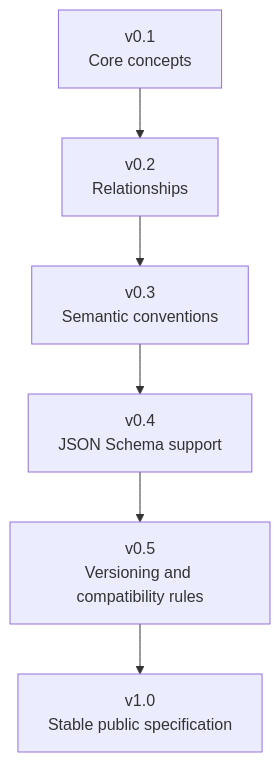
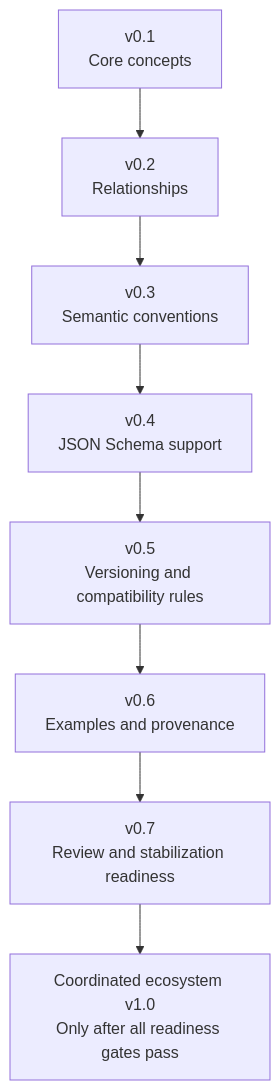
One commit to DeepAgentLabs/.github changed the fourth of 5 diagrams in profile/ROADMAP.md. Above: the diagram before and after it, drawn with Mermaid. The commit also changed other lines of this file, not shown here.

Commit message:
docs(roadmap): align final milestones and specification diagram

````diff
--- a/profile/ROADMAP.md
+++ b/profile/ROADMAP.md
@@ -335,8 +345,10 @@
 ```mermaid
 flowchart TB
     V01["v0.1<br/>Core concepts"] --> V02["v0.2<br/>Relationships"]
     V02 --> V03["v0.3<br/>Semantic conventions"]
     V03 --> V04["v0.4<br/>JSON Schema support"]
     V04 --> V05["v0.5<br/>Versioning and compatibility rules"]
-    V05 --> V10["v1.0<br/>Stable public specification"]
+    V05 --> V06["v0.6<br/>Examples and provenance"]
+    V06 --> V07["v0.7<br/>Review and stabilization readiness"]
+    V07 --> ECO["Coordinated ecosystem v1.0<br/>Only after all readiness gates pass"]
 ```
````
